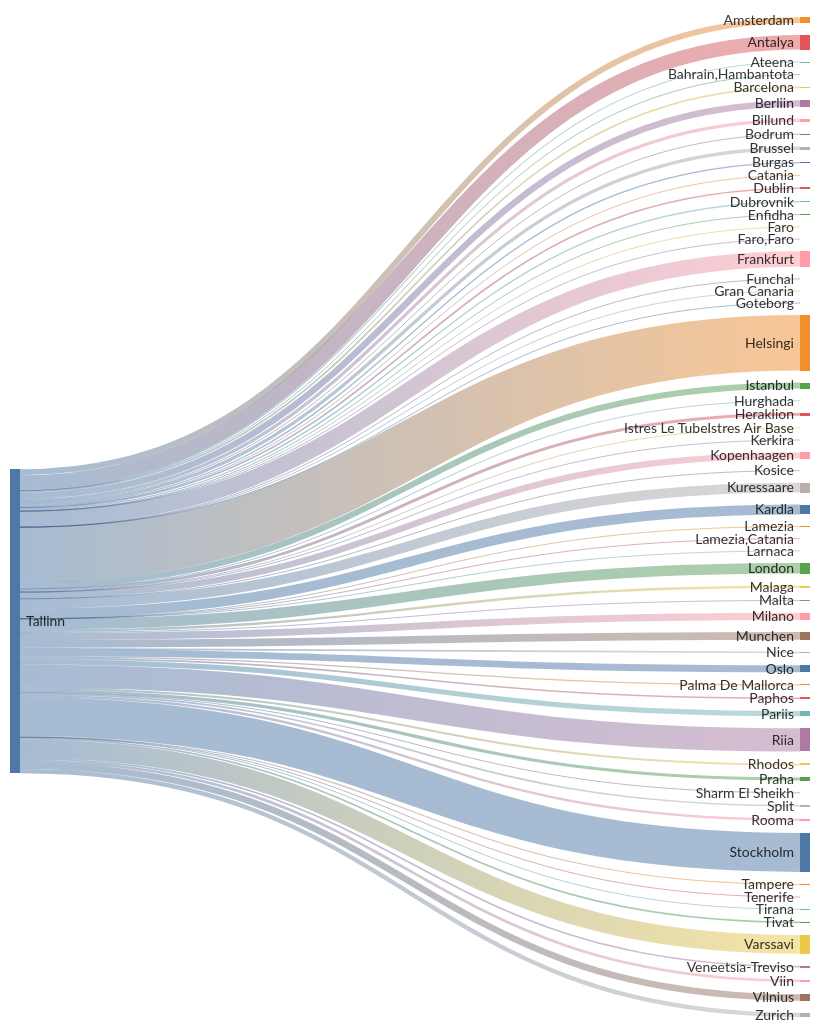
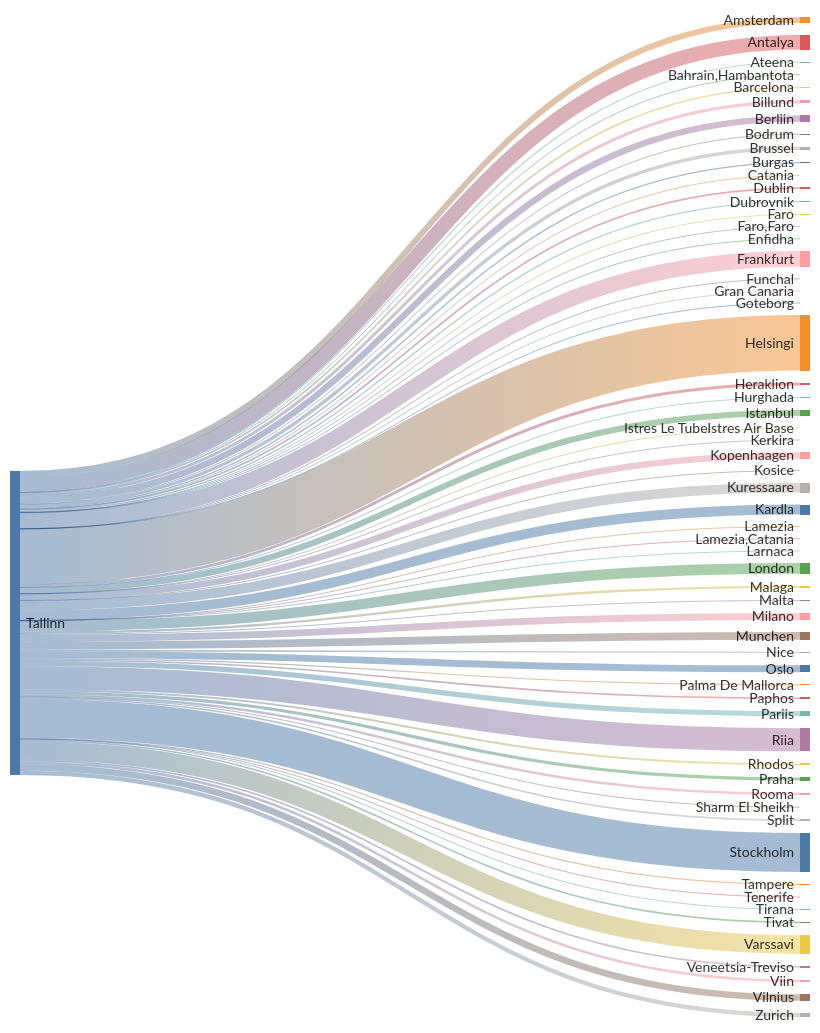
The second of 2 diagrams in README.md (rainermesi/tll-airport-departures), drawn with Mermaid before and after one commit. The commit also changed other lines of this file, not shown here.

````diff
--- a/README.md
+++ b/README.md
@@ -34,72 +34,72 @@
 ```mermaid
 ---
 config:
   sankey:
     showValues: false
     width: 800
     height: 1000
 ---
 sankey-beta
 %% source,target,value
-Tallinn,Amsterdam,92
-Tallinn,Antalya,226
+Tallinn,Amsterdam,93
+Tallinn,Antalya,229
 Tallinn,Ateena,16
 Tallinn,"Bahrain,Hambantota",1
 Tallinn,Barcelona,27
 Tallinn,Berliin,100
 Tallinn,Billund,49
 Tallinn,Bodrum,11
-Tallinn,Brussel,52
+Tallinn,Brussel,53
 Tallinn,Burgas,21
 Tallinn,Catania,2
 Tallinn,Dublin,26
 Tallinn,Dubrovnik,21
 Tallinn,Enfidha,7
 Tallinn,Faro,4
 Tallinn,"Faro,Faro",1
-Tallinn,Frankfurt,245
+Tallinn,Frankfurt,247
 Tallinn,Funchal,2
-Tallinn,Gran Canaria,1
+Tallinn,Gran Canaria,2
 Tallinn,Goteborg,1
-Tallinn,Helsingi,865
+Tallinn,Helsingi,874
 Tallinn,Heraklion,46
 Tallinn,Hurghada,4
-Tallinn,Istanbul,95
+Tallinn,Istanbul,96
 Tallinn,Istres Le TubeIstres Air Base,2
 Tallinn,Kerkira,4
-Tallinn,Kopenhaagen,100
+Tallinn,Kopenhaagen,101
 Tallinn,Kosice,1
-Tallinn,Kuressaare,155
-Tallinn,Kardla,155
+Tallinn,Kuressaare,157
+Tallinn,Kardla,157
 Tallinn,Lamezia,1
 Tallinn,"Lamezia,Catania",3
 Tallinn,Larnaca,4
-Tallinn,London,165
+Tallinn,London,167
 Tallinn,Malaga,38
 Tallinn,Malta,13
-Tallinn,Milano,110
-Tallinn,Munchen,122
+Tallinn,Milano,111
+Tallinn,Munchen,123
 Tallinn,Nice,25
-Tallinn,Oslo,108
+Tallinn,Oslo,109
 Tallinn,Palma De Mallorca,19
 Tallinn,Paphos,25
 Tallinn,Pariis,82
 Tallinn,Praha,49
 Tallinn,Rhodos,32
-Tallinn,Riia,361
-Tallinn,Rooma,38
+Tallinn,Riia,365
+Tallinn,Rooma,39
 Tallinn,Sharm El Sheikh,6
 Tallinn,Split,25
-Tallinn,Stockholm,607
+Tallinn,Stockholm,614
 Tallinn,Tampere,17
-Tallinn,Tenerife,1
+Tallinn,Tenerife,2
 Tallinn,Tirana,8
 Tallinn,Tivat,26
-Tallinn,Varssavi,291
+Tallinn,Varssavi,294
 Tallinn,Veneetsia-Treviso,26
 Tallinn,Viin,42
-Tallinn,Vilnius,103
+Tallinn,Vilnius,104
 Tallinn,Zurich,68
 
 
 ```
````
